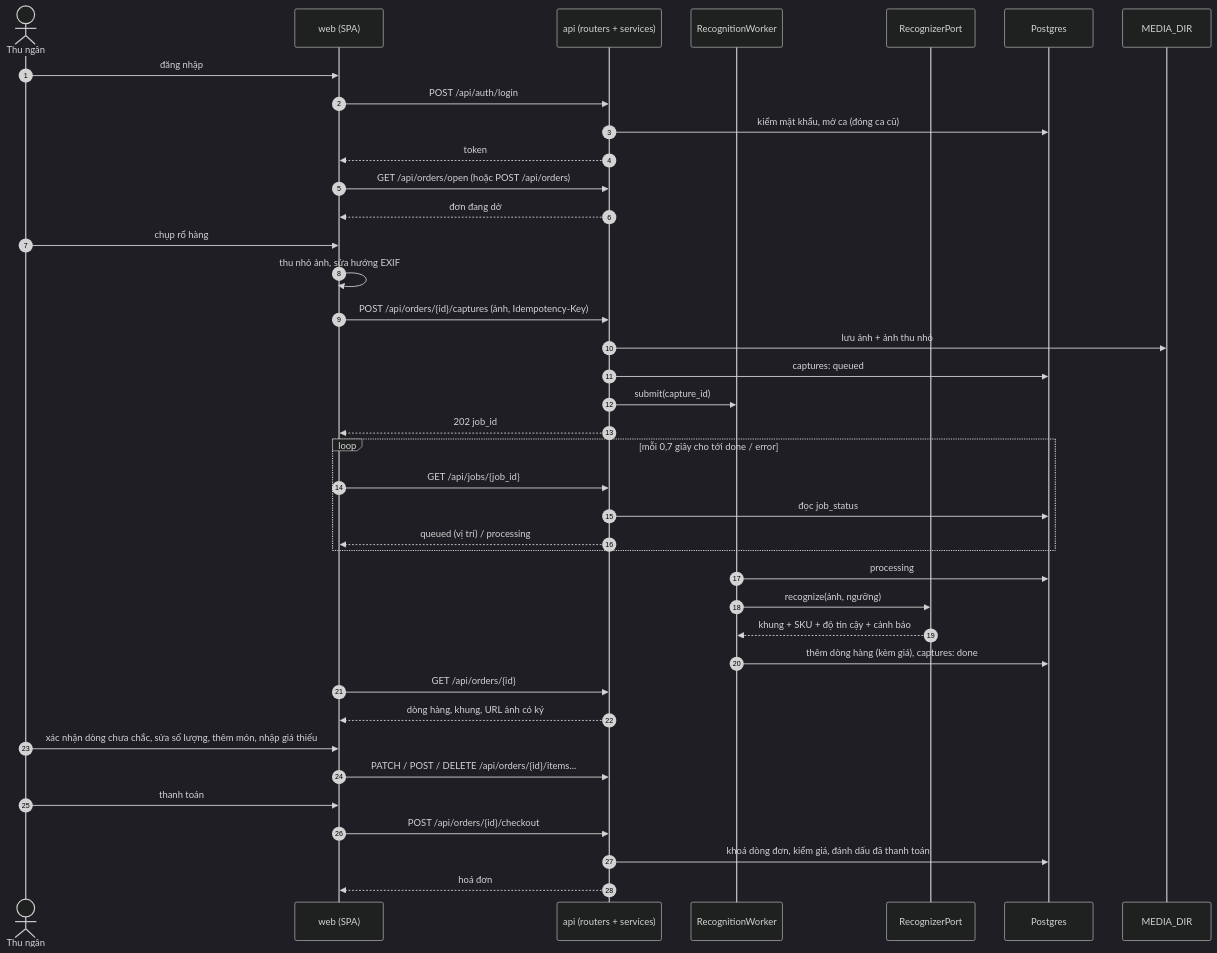
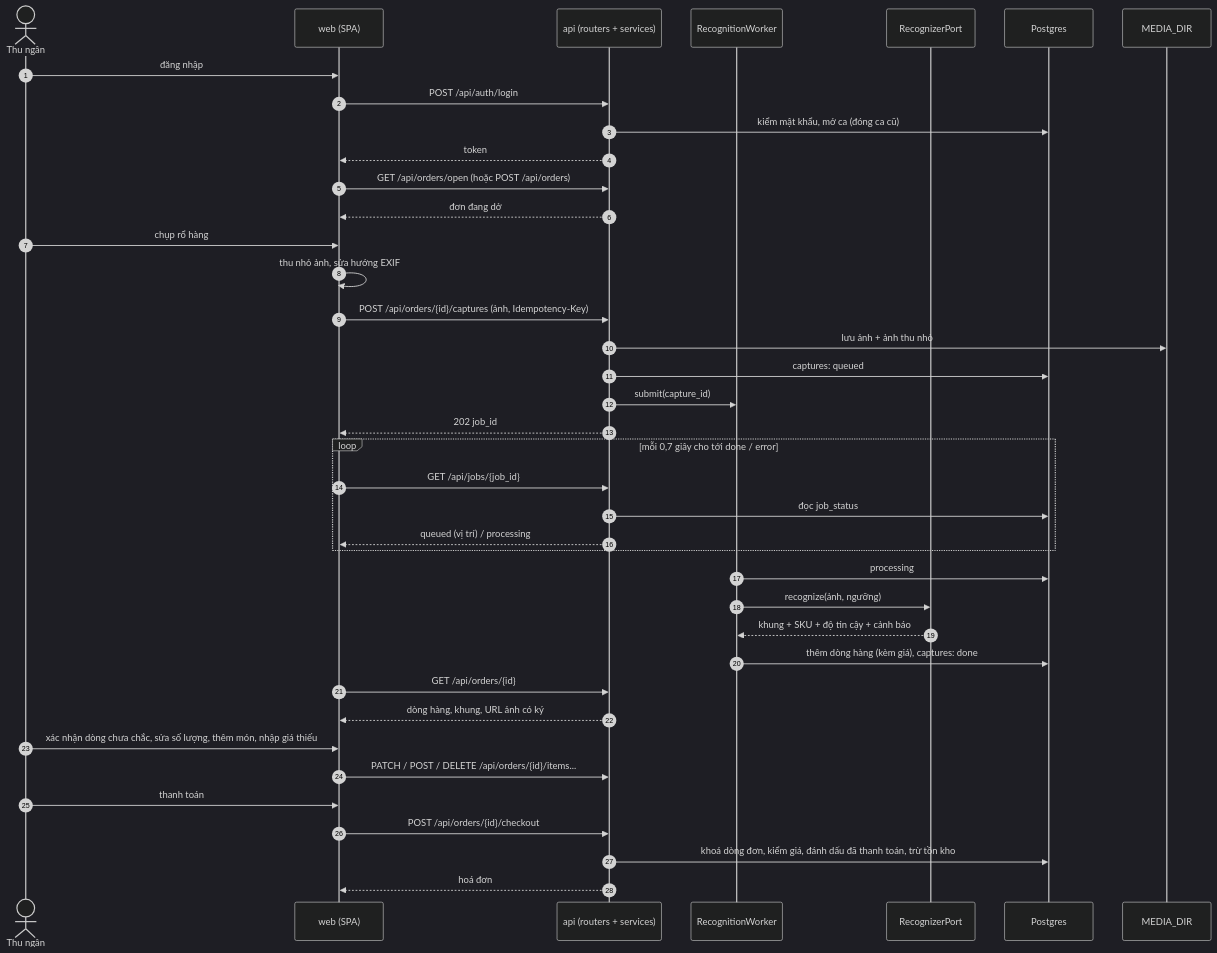
The second of 2 diagrams in docs/system-architecture.md (longpham205/stocktaking_ai), drawn with Mermaid (dark theme) before and after one commit. The commit also changed other lines of this file and 1 other file, not shown here.

Commit message:
docs: stock on hand in the architecture and the web guide

````diff
--- a/docs/system-architecture.md
+++ b/docs/system-architecture.md
@@ -112,46 +113,46 @@
 ```mermaid
 sequenceDiagram
     autonumber
     actor C as Thu ngân
     participant W as web (SPA)
     participant A as api (routers + services)
     participant Q as RecognitionWorker
     participant R as RecognizerPort
     participant D as Postgres
     participant F as MEDIA_DIR
 
     C->>W: đăng nhập
     W->>A: POST /api/auth/login
     A->>D: kiểm mật khẩu, mở ca (đóng ca cũ)
     A-->>W: token
     W->>A: GET /api/orders/open (hoặc POST /api/orders)
     A-->>W: đơn đang dở
 
     C->>W: chụp rổ hàng
     W->>W: thu nhỏ ảnh, sửa hướng EXIF
     W->>A: POST /api/orders/{id}/captures (ảnh, Idempotency-Key)
     A->>F: lưu ảnh + ảnh thu nhỏ
     A->>D: captures: queued
     A->>Q: submit(capture_id)
     A-->>W: 202 job_id
 
     loop mỗi 0,7 giây cho tới done / error
         W->>A: GET /api/jobs/{job_id}
         A->>D: đọc job_status
         A-->>W: queued (vị trí) / processing
     end
 
     Q->>D: processing
     Q->>R: recognize(ảnh, ngưỡng)
     R-->>Q: khung + SKU + độ tin cậy + cảnh báo
     Q->>D: thêm dòng hàng (kèm giá), captures: done
 
     W->>A: GET /api/orders/{id}
     A-->>W: dòng hàng, khung, URL ảnh có ký
     C->>W: xác nhận dòng chưa chắc, sửa số lượng, thêm món, nhập giá thiếu
     W->>A: PATCH / POST / DELETE /api/orders/{id}/items...
     C->>W: thanh toán
     W->>A: POST /api/orders/{id}/checkout
-    A->>D: khoá dòng đơn, kiểm giá, đánh dấu đã thanh toán
+    A->>D: khoá dòng đơn, kiểm giá, đánh dấu đã thanh toán, trừ tồn kho
     A-->>W: hoá đơn
 ```
````
